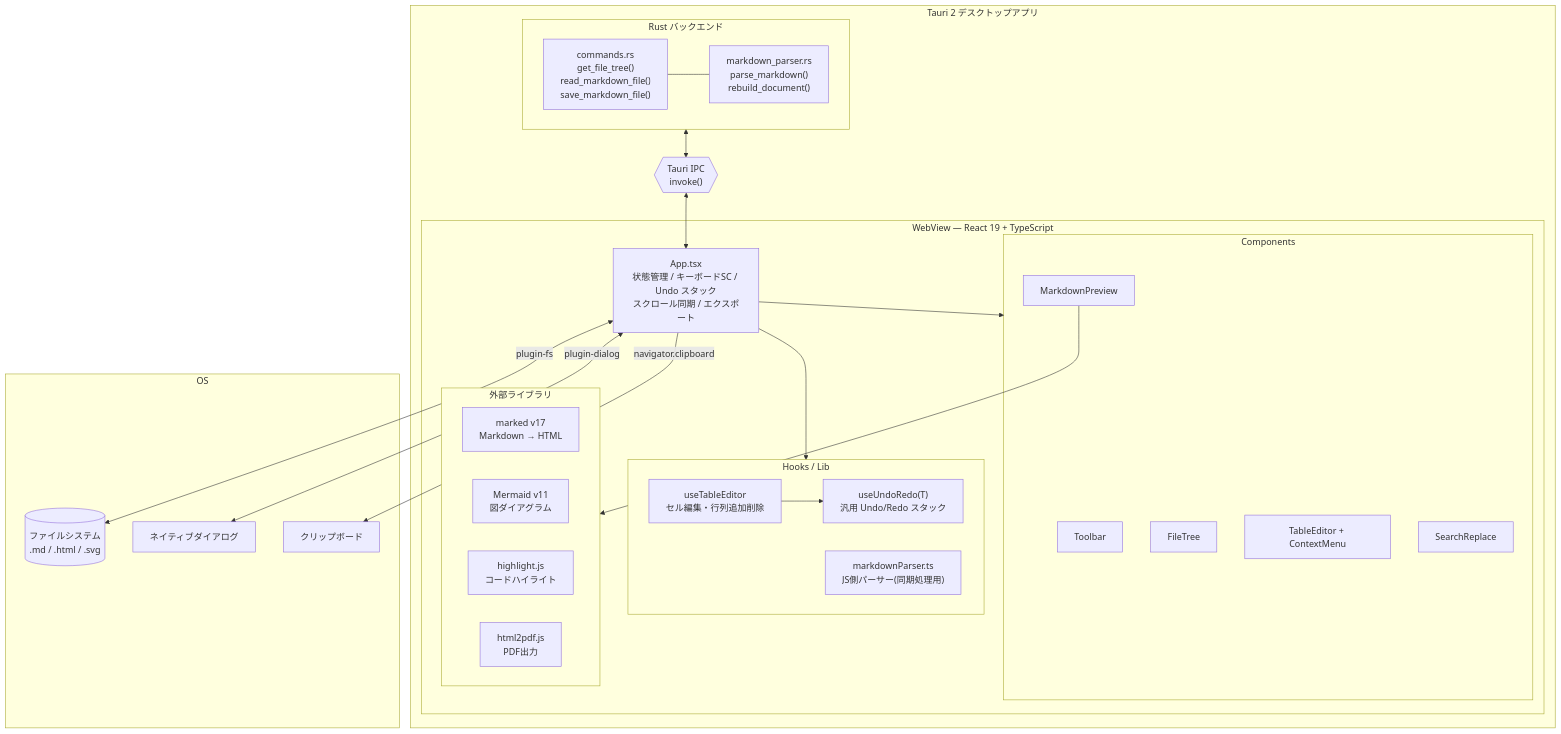
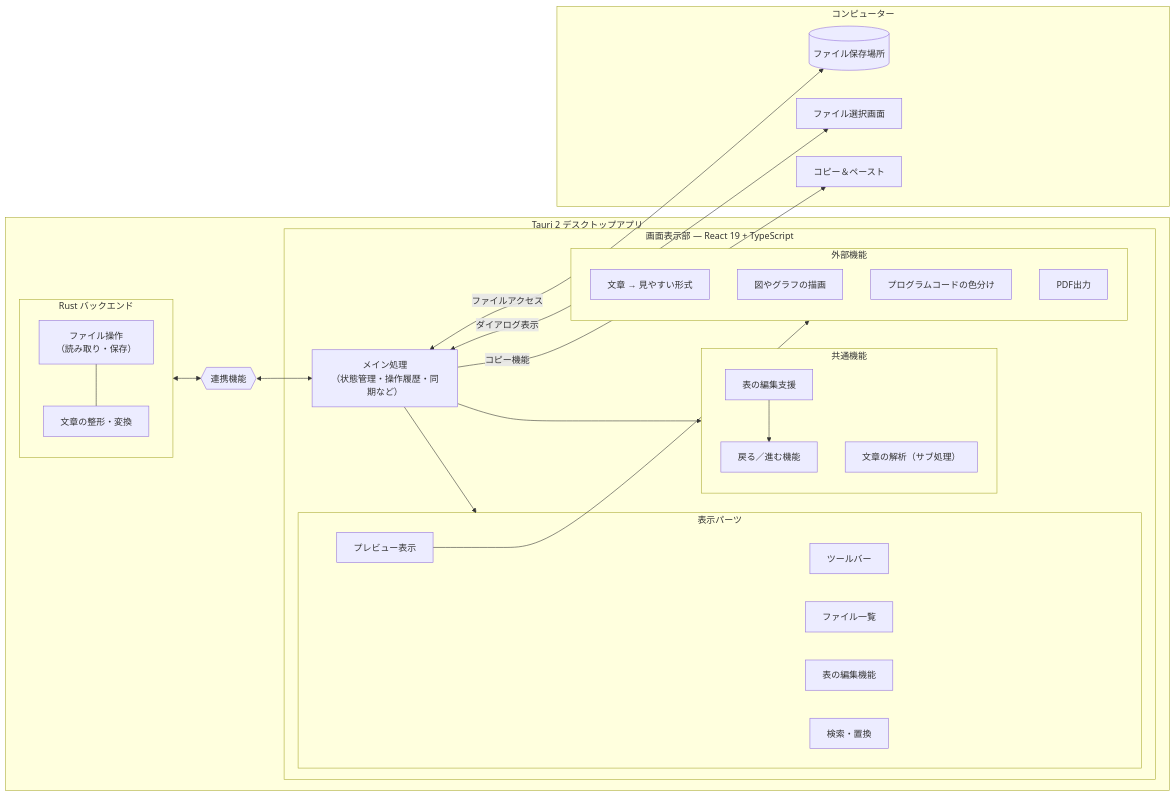
The first of 3 diagrams in README.md (5843435/markdown-sheet), drawn with Mermaid before and after one commit. The commit also changed 10 other files, not shown here.

First line of the commit message:
Add AI features: Mermaid generation, text transform, templates, and Settings modal

````diff
--- a/README.md
+++ b/README.md
@@ -67,53 +67,53 @@
 ```mermaid
-graph TB
+graph LR
     subgraph TAURI["Tauri 2 デスクトップアプリ"]
         subgraph RUST["Rust バックエンド"]
-            CMD["commands.rs\nget_file_tree()\nread_markdown_file()\nsave_markdown_file()"]
-            RPARSER["markdown_parser.rs\nparse_markdown()\nrebuild_document()"]
+            CMD["ファイル操作\n（読み取り・保存）"]
+            RPARSER["文章の整形・変換"]
             CMD --- RPARSER
         end
 
-        IPC{{"Tauri IPC\ninvoke()"}}
+        IPC{{"連携機能"}}
 
-        subgraph WEBVIEW["WebView — React 19 + TypeScript"]
-            APP["App.tsx\n状態管理 / キーボードSC / Undo スタック\nスクロール同期 / エクスポート"]
+        subgraph WEBVIEW["画面表示部 — React 19 + TypeScript"]
+            APP["メイン処理\n（状態管理・操作履歴・同期など）"]
 
-            subgraph COMP["Components"]
-                TBR["Toolbar"]
-                FT["FileTree"]
-                MP["MarkdownPreview"]
-                TE["TableEditor + ContextMenu"]
-                SR["SearchReplace"]
+            subgraph COMP["表示パーツ"]
+                TBR["ツールバー"]
+                FT["ファイル一覧"]
+                MP["プレビュー表示"]
+                TE["表の編集機能"]
+                SR["検索・置換"]
             end
 
-            subgraph HOOKS["Hooks / Lib"]
-                UTE["useTableEditor\nセル編集・行列追加削除"]
-                UUR["useUndoRedo(T)\n汎用 Undo/Redo スタック"]
-                MDPJS["markdownParser.ts\nJS側パーサー(同期処理用)"]
+            subgraph HOOKS["共通機能"]
+                UTE["表の編集支援"]
+                UUR["戻る／進む機能"]
+                MDPJS["文章の解析（サブ処理）"]
             end
 
-            subgraph EXTLIB["外部ライブラリ"]
-                MRK["marked v17\nMarkdown → HTML"]
-                MRM["Mermaid v11\n図ダイアグラム"]
-                HJS["highlight.js\nコードハイライト"]
-                H2P["html2pdf.js\nPDF出力"]
+            subgraph EXTLIB["外部機能"]
+                MRK["文章 → 見やすい形式"]
+                MRM["図やグラフの描画"]
+                HJS["プログラムコードの色分け"]
+                H2P["PDF出力"]
             end
         end
     end
 
-    subgraph OS["OS"]
-        FS[("ファイルシステム\n.md / .html / .svg")]
-        DLG["ネイティブダイアログ"]
-        CLIP["クリップボード"]
+    subgraph OS["コンピューター"]
+        FS[("ファイル保存場所")]
+        DLG["ファイル選択画面"]
+        CLIP["コピー＆ペースト"]
     end
 
     RUST <--> IPC
     IPC <--> APP
     APP --> COMP
     APP --> HOOKS
     MP --> EXTLIB
     UTE --> UUR
-    APP <-->|"plugin-fs"| FS
-    APP <-->|"plugin-dialog"| DLG
-    APP -->|"navigator.clipboard"| CLIP
+    APP <-->|"ファイルアクセス"| FS
+    APP <-->|"ダイアログ表示"| DLG
+    APP -->|"コピー機能"| CLIP
 ```
````
